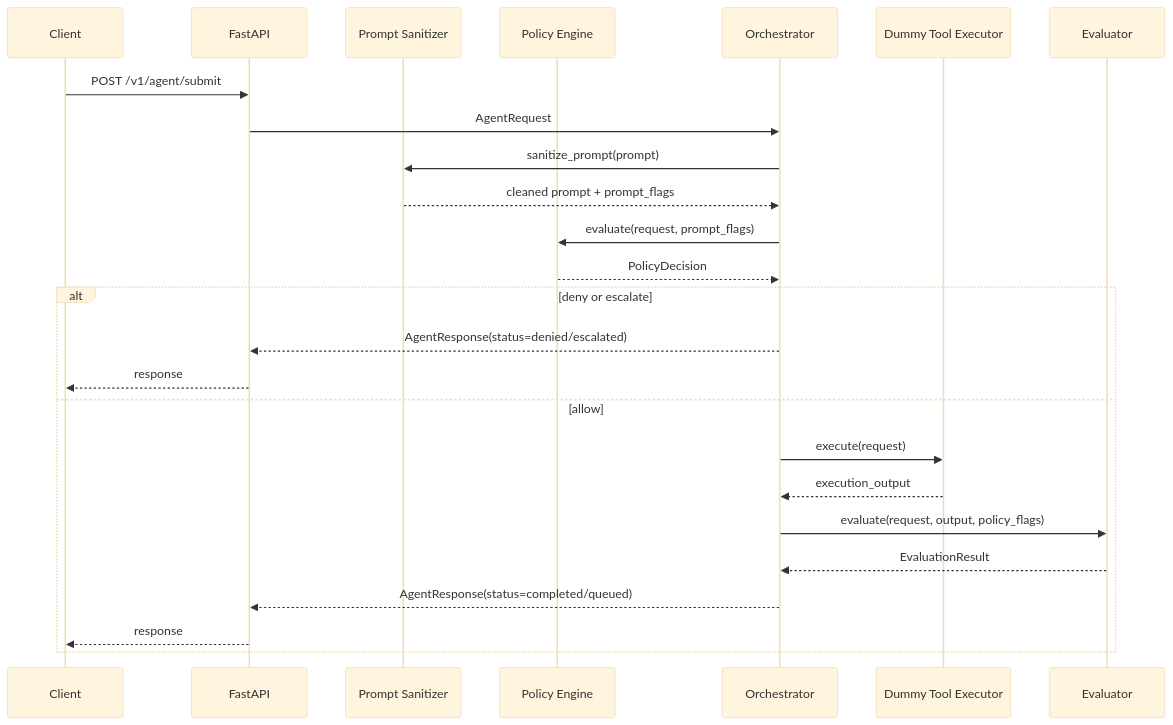
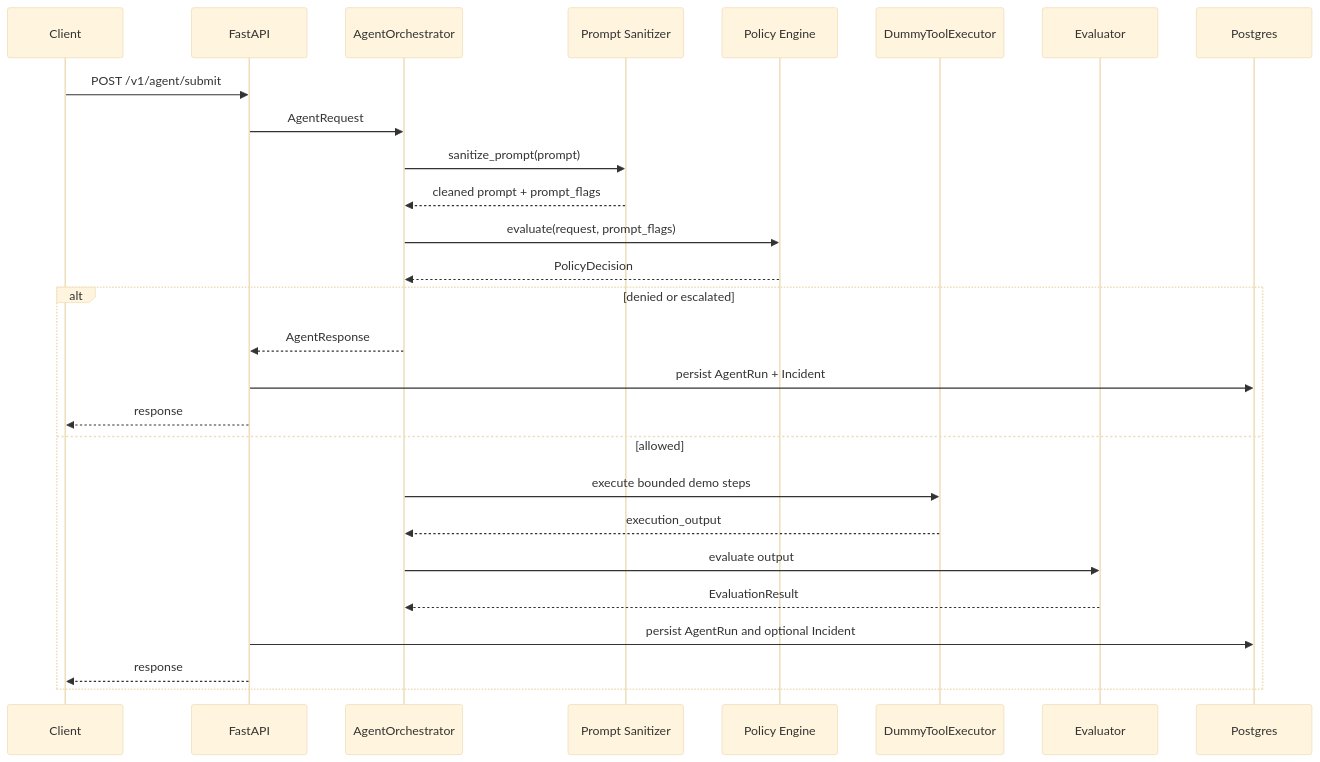
Before and after one commit to leo459028/RewardHacking: the second of 2 diagrams in docs/architecture.md, drawn with Mermaid (base theme). The commit also changed other lines of this file and 14 other files, not shown here.

````diff
--- a/docs/architecture.md
+++ b/docs/architecture.md
@@ -33,29 +41,31 @@
 ```mermaid
 sequenceDiagram
   participant C as Client
   participant A as FastAPI
+  participant O as AgentOrchestrator
   participant S as Prompt Sanitizer
   participant P as Policy Engine
-  participant O as Orchestrator
-  participant T as Dummy Tool Executor
+  participant T as DummyToolExecutor
   participant E as Evaluator
+  participant D as Postgres
 
   C->>A: POST /v1/agent/submit
   A->>O: AgentRequest
   O->>S: sanitize_prompt(prompt)
   S-->>O: cleaned prompt + prompt_flags
   O->>P: evaluate(request, prompt_flags)
   P-->>O: PolicyDecision
 
-  alt deny or escalate
-    O-->>A: AgentResponse(status=denied/escalated)
+  alt denied or escalated
+    O-->>A: AgentResponse
+    A->>D: persist AgentRun + Incident
     A-->>C: response
-  else allow
-    O->>T: execute(request)
+  else allowed
+    O->>T: execute bounded demo steps
     T-->>O: execution_output
-    O->>E: evaluate(request, output, policy_flags)
+    O->>E: evaluate output
     E-->>O: EvaluationResult
-    O-->>A: AgentResponse(status=completed/queued)
+    A->>D: persist AgentRun and optional Incident
     A-->>C: response
   end
 ```
````
